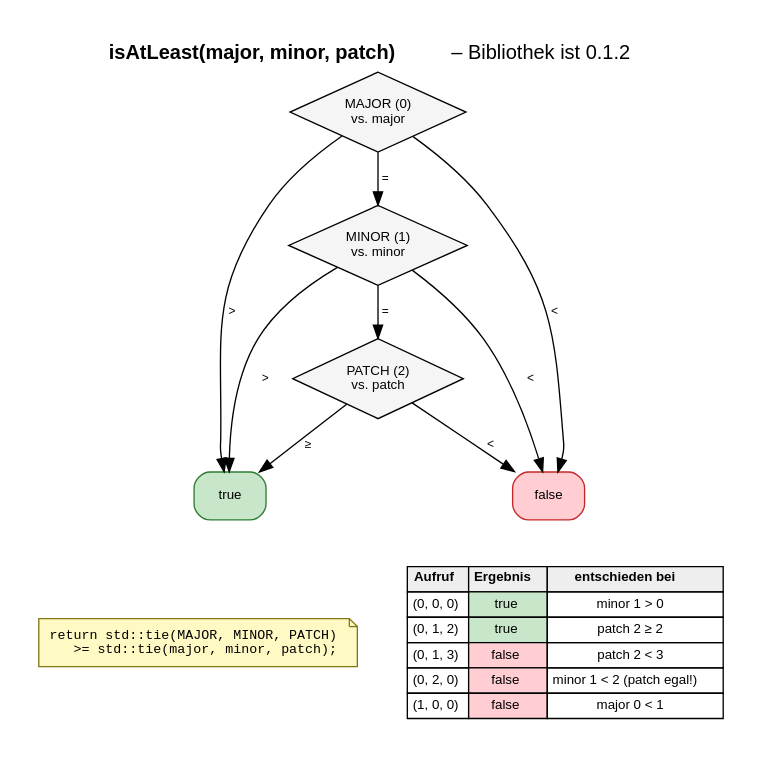
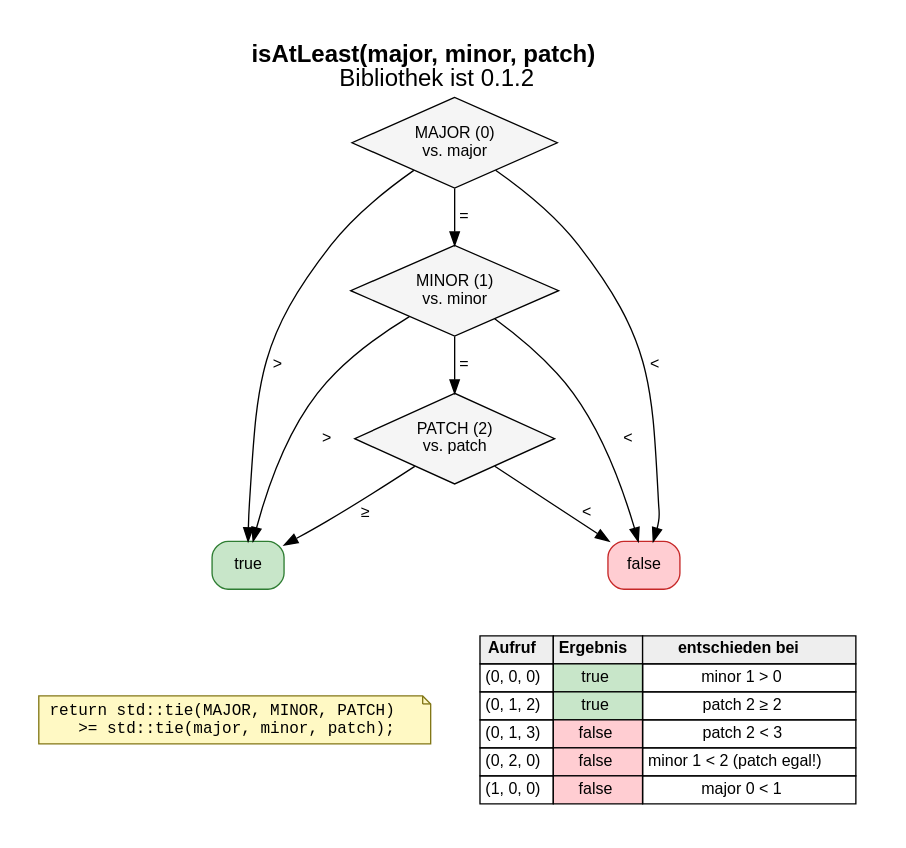
The diagram in exercise-003/doc/11_is_at_least.dot (graugans/tea24), drawn with Graphviz before and after one commit. The commit also changed 57 other files, not shown here.

First line of the commit message:
docs: make diagram text readable at page width

```diff
--- a/exercise-003/doc/11_is_at_least.dot
+++ b/exercise-003/doc/11_is_at_least.dot
@@ -1,31 +1,31 @@
 // Bonus 1: isAtLeast() als lexikografischer Vergleich
 digraph is_at_least {
     rankdir=TB;
     graph [fontname="Helvetica", bgcolor="white", pad=0.3, nodesep=0.4, ranksep=0.4,
-           label=<<b>isAtLeast(major, minor, patch)</b> – Bibliothek ist 0.1.2>,
-           labelloc=t, fontsize=15];
-    node [fontname="Helvetica", fontsize=10];
-    edge [fontname="Helvetica", fontsize=9];
+           label=<<b>isAtLeast(major, minor, patch)</b><br/>Bibliothek ist 0.1.2>,
+           labelloc=t, fontsize=18];
+    node [fontname="Helvetica", fontsize=12];
+    edge [fontname="Helvetica", fontsize=12];
 
     q1 [shape=diamond, style=filled, fillcolor="#f5f5f5", label="MAJOR (0)\nvs. major"];
     q2 [shape=diamond, style=filled, fillcolor="#f5f5f5", label="MINOR (1)\nvs. minor"];
     q3 [shape=diamond, style=filled, fillcolor="#f5f5f5", label="PATCH (2)\nvs. patch"];
     t  [shape=box, style="rounded,filled", fillcolor="#c8e6c9", color="#2e7d32", label="true"];
     f  [shape=box, style="rounded,filled", fillcolor="#ffcdd2", color="#c62828", label="false"];
 
     q1 -> t  [label=" >"]; q1 -> f [label=" <"]; q1 -> q2 [label=" ="];
     q2 -> t  [label=" >"]; q2 -> f [label=" <"]; q2 -> q3 [label=" ="];
     q3 -> t  [label=" ≥"]; q3 -> f [label=" <"];
 
     code [shape=note, style=filled, fillcolor="#fff9c4", color="#827717", fontname="Courier", label="return std::tie(MAJOR, MINOR, PATCH)\l    >= std::tie(major, minor, patch);\l"];
     ex [shape=plaintext, label=<
       <table border="0" cellborder="1" cellspacing="0" cellpadding="3">
         <tr><td bgcolor="#eeeeee"><b>Aufruf</b></td><td bgcolor="#eeeeee"><b>Ergebnis</b></td><td bgcolor="#eeeeee"><b>entschieden bei</b></td></tr>
         <tr><td>(0, 0, 0)</td><td bgcolor="#c8e6c9">true</td><td>minor 1 &gt; 0</td></tr>
         <tr><td>(0, 1, 2)</td><td bgcolor="#c8e6c9">true</td><td>patch 2 ≥ 2</td></tr>
         <tr><td>(0, 1, 3)</td><td bgcolor="#ffcdd2">false</td><td>patch 2 &lt; 3</td></tr>
         <tr><td>(0, 2, 0)</td><td bgcolor="#ffcdd2">false</td><td>minor 1 &lt; 2 (patch egal!)</td></tr>
         <tr><td>(1, 0, 0)</td><td bgcolor="#ffcdd2">false</td><td>major 0 &lt; 1</td></tr>
       </table>>];
     t -> code [style=invis]; f -> ex [style=invis];
 }
```
